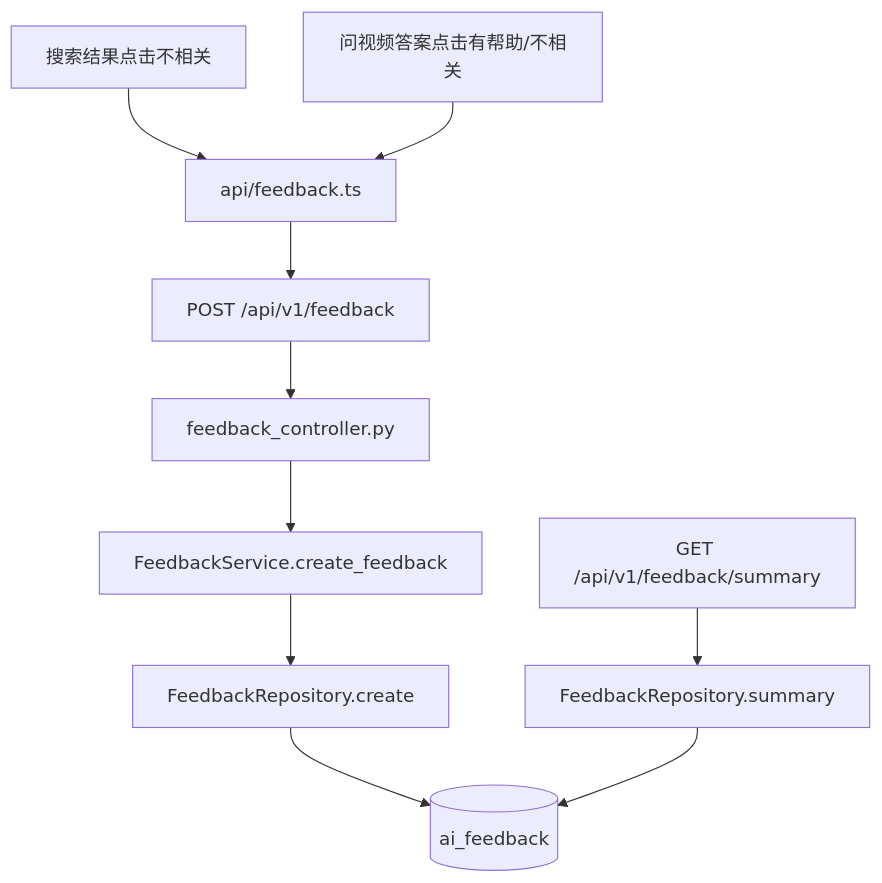
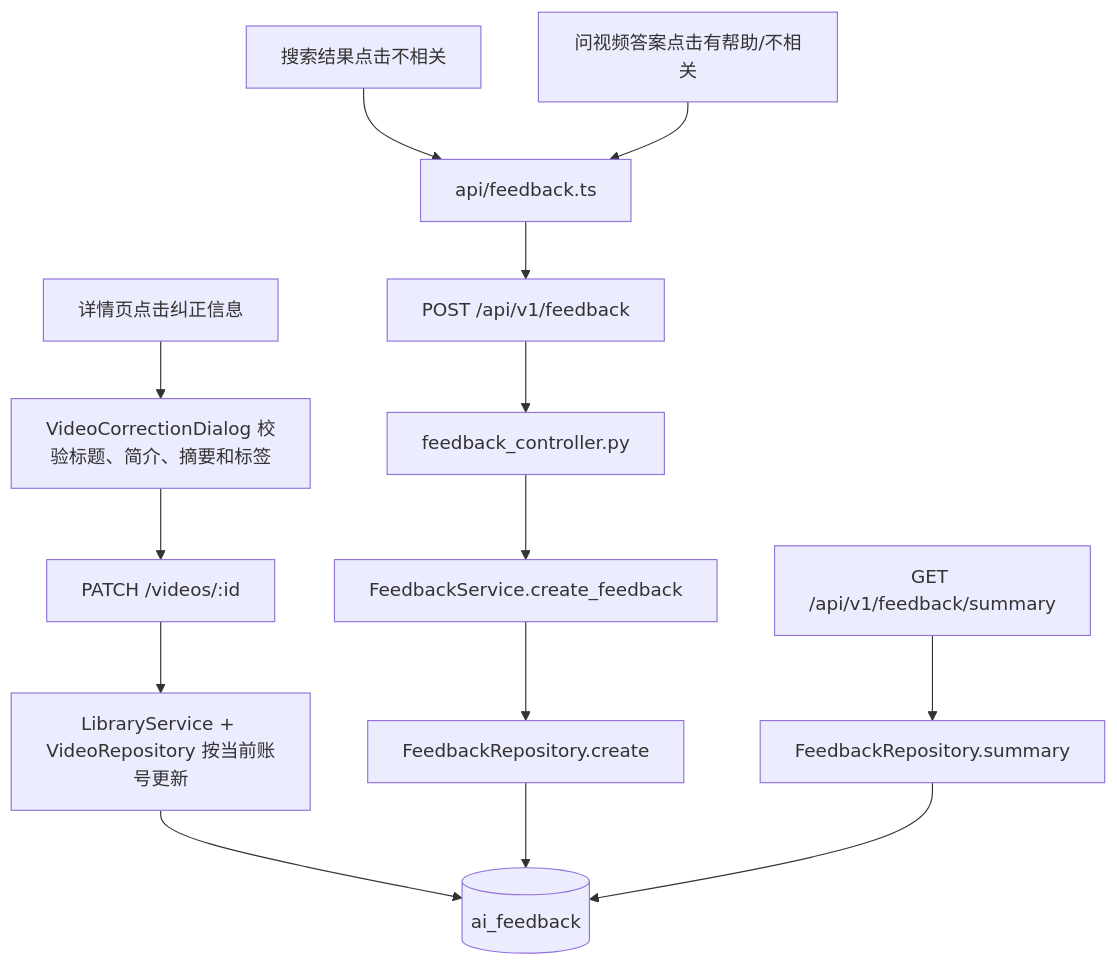
One commit to qwe605/xunlei_ai_video changed the tenth of 23 diagrams in docs/项目说明文档.md. Above: the diagram before and after it, drawn with Mermaid. The commit also changed other lines of this file and 46 other files, not shown here.

````diff
--- a/docs/项目说明文档.md
+++ b/docs/项目说明文档.md
@@ -629,12 +649,16 @@
 ```mermaid
 flowchart TD
     A["搜索结果点击不相关"] --> C["api/feedback.ts"]
     B["问视频答案点击有帮助/不相关"] --> C
+    K["详情页点击纠正信息"] --> L["VideoCorrectionDialog 校验标题、简介、摘要和标签"]
+    L --> M["PATCH /videos/:id"]
+    M --> N["LibraryService + VideoRepository 按当前账号更新"]
+    N --> H
     C --> D["POST /api/v1/feedback"]
     D --> E["feedback_controller.py"]
     E --> F["FeedbackService.create_feedback"]
     F --> G["FeedbackRepository.create"]
     G --> H[("ai_feedback")]
     I["GET /api/v1/feedback/summary"] --> J["FeedbackRepository.summary"]
     J --> H
 ```
````
